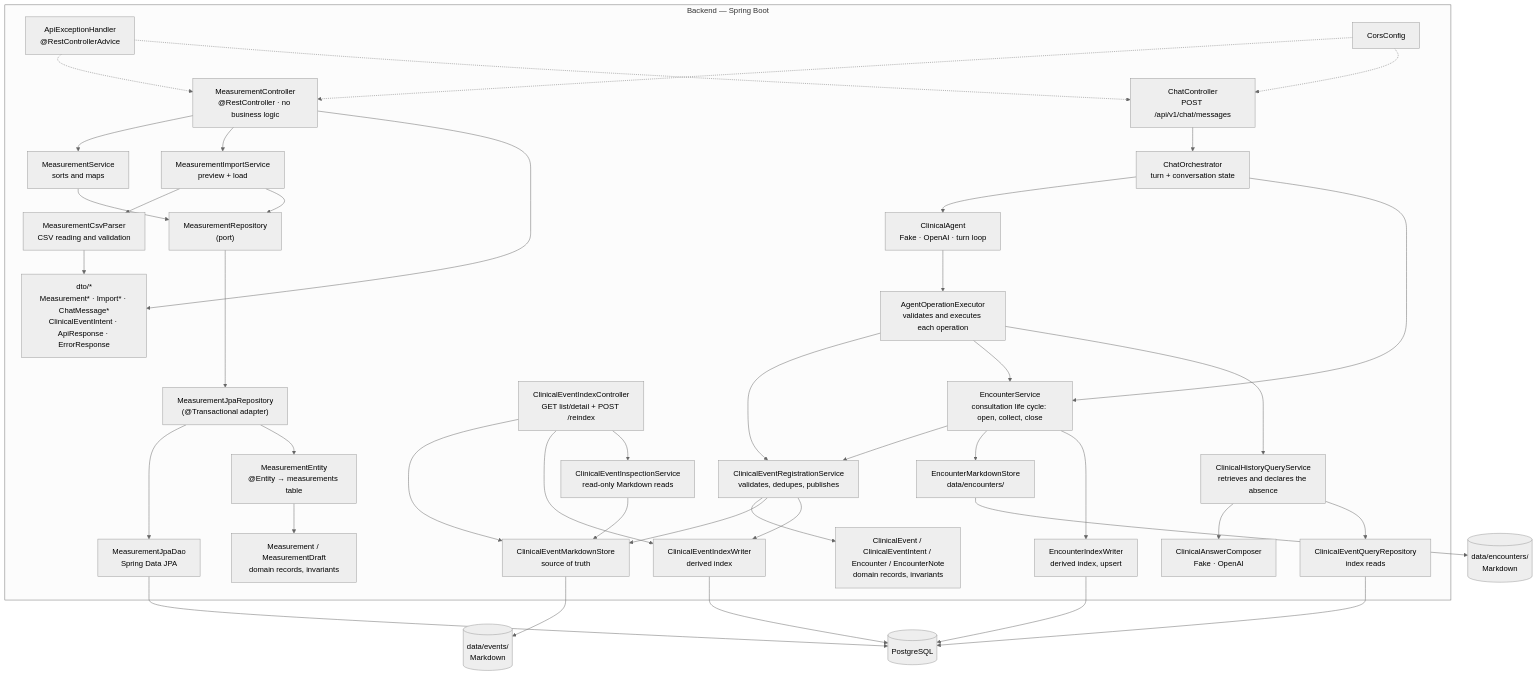
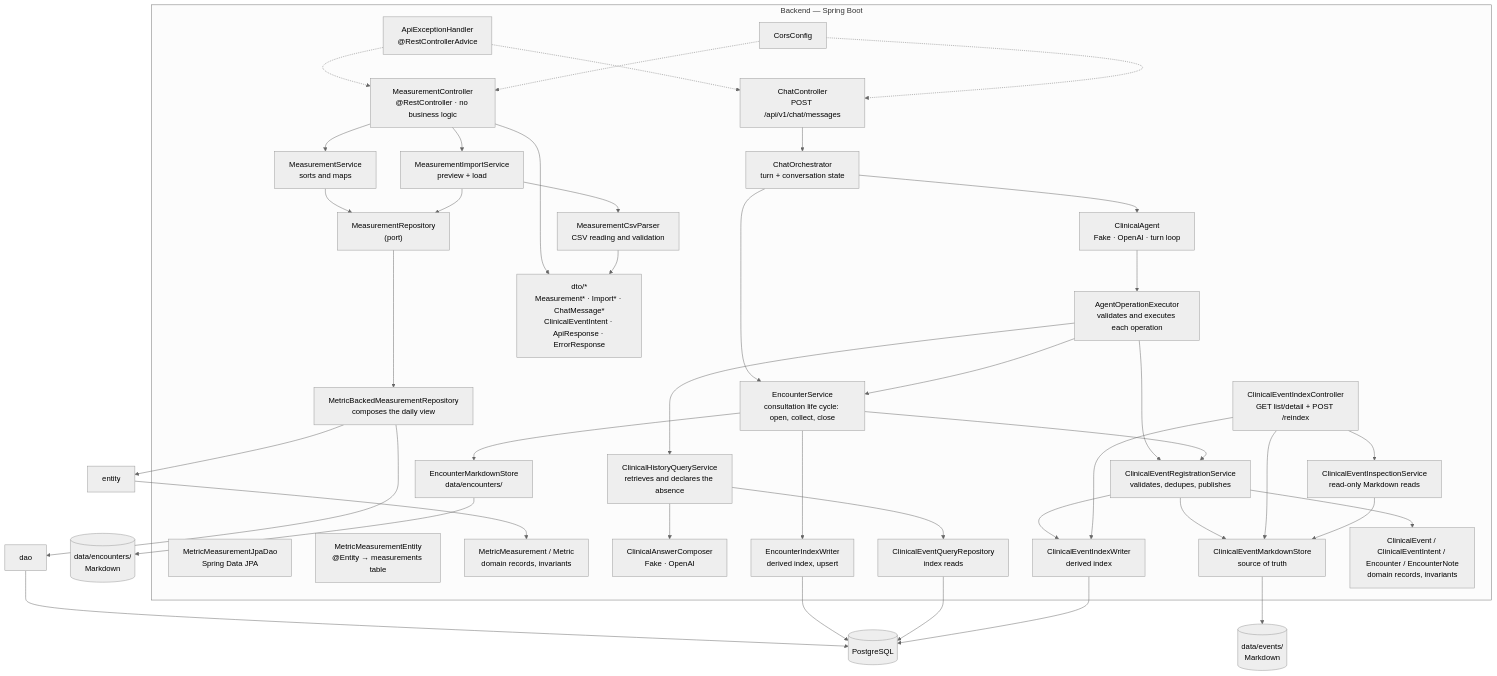
The third of 4 diagrams in docs/architecture.md (devmauriciopineda/careme), drawn with Mermaid (neutral theme) before and after one commit. The commit also changed other lines of this file and 117 other files, not shown here.

````diff
--- a/docs/architecture.md
+++ b/docs/architecture.md
@@ -163,76 +168,76 @@
 ```mermaid
 flowchart TB
     subgraph backend["Backend — Spring Boot"]
         ctrl["MeasurementController<br/>@RestController · no business logic"]
         svc["MeasurementService<br/>sorts and maps"]
         imp["MeasurementImportService<br/>preview + load"]
         parser["MeasurementCsvParser<br/>CSV reading and validation"]
         port["MeasurementRepository<br/>(port)"]
-        adapter["MeasurementJpaRepository<br/>(@Transactional adapter)"]
-        dao["MeasurementJpaDao<br/>Spring Data JPA"]
-        entity["MeasurementEntity<br/>@Entity → measurements table"]
-        domain["Measurement / MeasurementDraft<br/>domain records, invariants"]
+        adapter["MetricBackedMeasurementRepository<br/>composes the daily view"]
+        metricDao["MetricMeasurementJpaDao<br/>Spring Data JPA"]
+        metricEntity["MetricMeasurementEntity<br/>@Entity → measurements table"]
+        domain["MetricMeasurement / Metric<br/>domain records, invariants"]
         chatCtrl["ChatController<br/>POST /api/v1/chat/messages"]
         orchestrator["ChatOrchestrator<br/>turn + conversation state"]
         agent["ClinicalAgent<br/>Fake · OpenAI · turn loop"]
         executor["AgentOperationExecutor<br/>validates and executes each operation"]
         regSvc["ClinicalEventRegistrationService<br/>validates, dedupes, publishes"]
         histSvc["ClinicalHistoryQueryService<br/>retrieves and declares the absence"]
         composer["ClinicalAnswerComposer<br/>Fake · OpenAI"]
         queryRepo["ClinicalEventQueryRepository<br/>index reads"]
         mdStore["ClinicalEventMarkdownStore<br/>source of truth"]
         idxWriter["ClinicalEventIndexWriter<br/>derived index"]
         evtCtrl["ClinicalEventIndexController<br/>GET list/detail + POST /reindex"]
         inspSvc["ClinicalEventInspectionService<br/>read-only Markdown reads"]
         encSvc["EncounterService<br/>consultation life cycle: open, collect, close"]
         encStore["EncounterMarkdownStore<br/>data/encounters/"]
         encIdxWriter["EncounterIndexWriter<br/>derived index, upsert"]
         evtDomain["ClinicalEvent / ClinicalEventIntent / Encounter / EncounterNote<br/>domain records, invariants"]
         dtos["dto/*<br/>Measurement* · Import* · ChatMessage*<br/>ClinicalEventIntent · ApiResponse · ErrorResponse"]
         exc["ApiExceptionHandler<br/>@RestControllerAdvice"]
         cors["CorsConfig"]
     end
     pg[("PostgreSQL")]
     fs[("data/events/<br/>Markdown")]
     encFs[("data/encounters/<br/>Markdown")]
     ctrl --> svc
     ctrl --> imp
     ctrl --> dtos
     imp --> parser
     svc --> port
     imp --> port
     parser --> dtos
     port --> adapter
     adapter --> dao
     adapter --> entity
     entity --> domain
     dao --> pg
     chatCtrl --> orchestrator
     orchestrator --> agent
     orchestrator --> encSvc
     agent --> executor
     executor --> regSvc
     executor --> encSvc
     executor --> histSvc
     encSvc --> regSvc
     encSvc --> encStore
     encSvc --> encIdxWriter
     encStore --> encFs
     encIdxWriter --> pg
     histSvc --> composer
     histSvc --> queryRepo
     queryRepo --> pg
     regSvc --> evtDomain
     regSvc --> mdStore
     regSvc --> idxWriter
     evtCtrl --> mdStore
     evtCtrl --> idxWriter
     evtCtrl --> inspSvc
     inspSvc --> mdStore
     mdStore --> fs
     idxWriter --> pg
     exc -.-> ctrl
     exc -.-> chatCtrl
     cors -.-> ctrl
     cors -.-> chatCtrl
 ```
````
